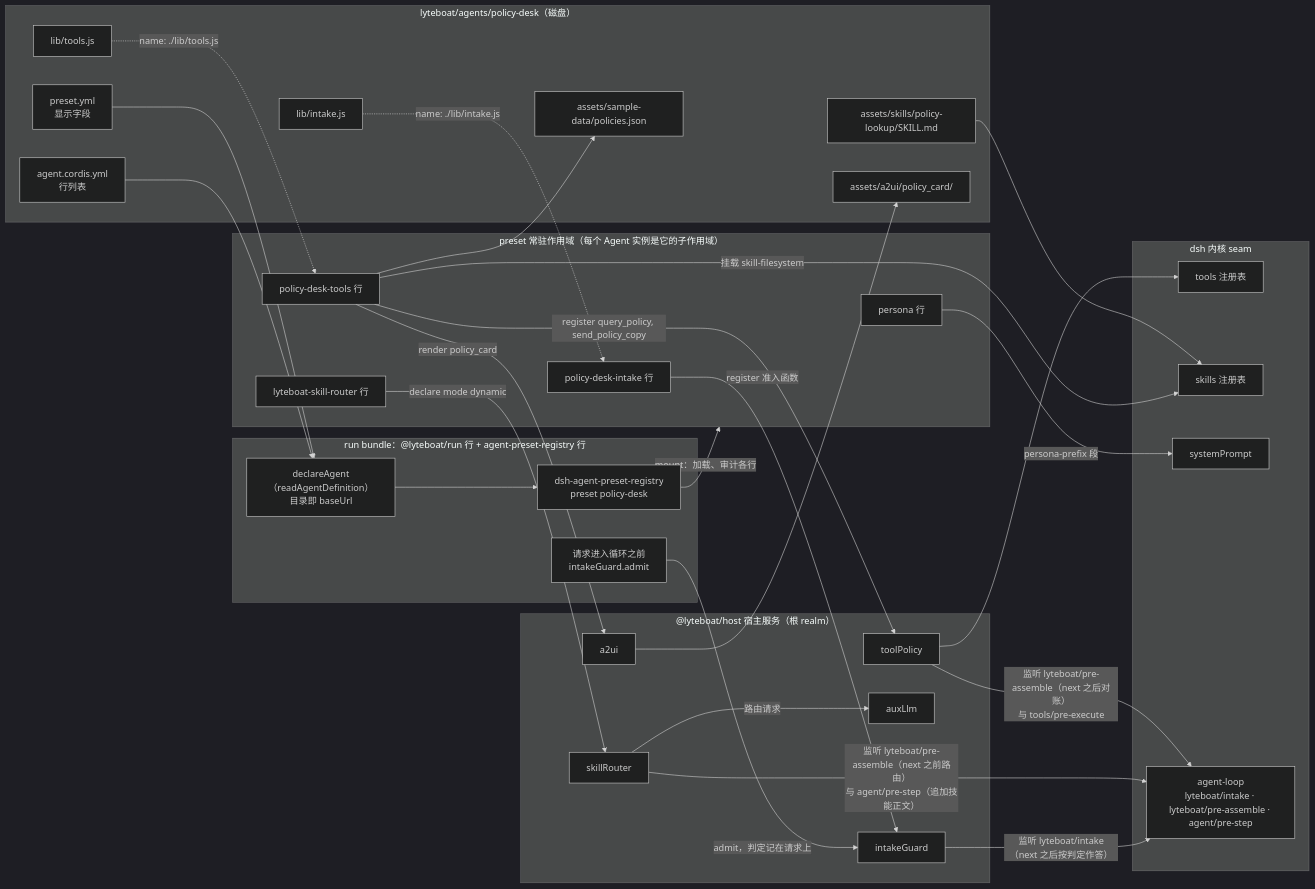
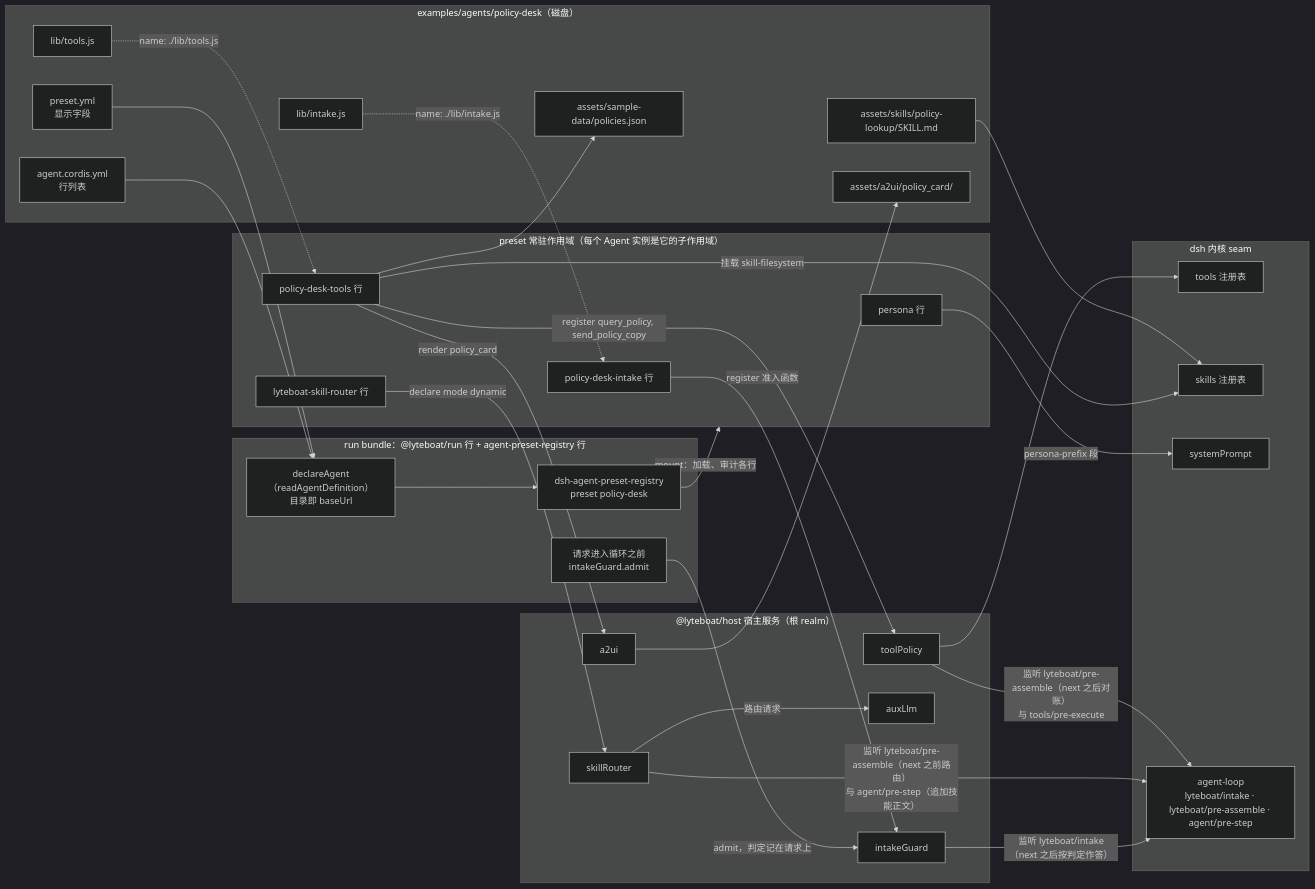
Before and after one commit to lyteboat/boat: the first of 3 diagrams in docs/03-agent-development.md, drawn with Mermaid (dark theme). The commit also changed other lines of this file and 59 other files, not shown here.

````diff
--- a/docs/03-agent-development.md
+++ b/docs/03-agent-development.md
@@ -129,57 +130,57 @@
 ```mermaid
 flowchart LR
-  subgraph DISK["lyteboat/agents/policy-desk（磁盘）"]
+  subgraph DISK["examples/agents/policy-desk（磁盘）"]
     ACY["agent.cordis.yml<br/>行列表"]
     PY["preset.yml<br/>显示字段"]
     SKM["assets/skills/policy-lookup/SKILL.md"]
     LIBT["lib/tools.js"]
     LIBI["lib/intake.js"]
     CARD["assets/a2ui/policy_card/"]
     BOOK["assets/sample-data/policies.json"]
   end
   subgraph RUN["run bundle：@lyteboat/run 行 + agent-preset-registry 行"]
     RD["declareAgent（readAgentDefinition）<br/>目录即 baseUrl"]
     REG["dsh-agent-preset-registry<br/>preset policy-desk"]
     ADM["请求进入循环之前<br/>intakeGuard.admit"]
   end
   subgraph STAND["preset 常驻作用域（每个 Agent 实例是它的子作用域）"]
     PER["persona 行"]
     SRA["lyteboat-skill-router 行"]
     TOOLS["policy-desk-tools 行"]
     INT["policy-desk-intake 行"]
   end
   subgraph HOST["@lyteboat/host 宿主服务（根 realm）"]
     TP["toolPolicy"]
     SR["skillRouter"]
     AUX["auxLlm"]
     IG["intakeGuard"]
     A2["a2ui"]
   end
   subgraph KERN["dsh 内核 seam"]
     TREG["tools 注册表"]
     SREG["skills 注册表"]
     SP["systemPrompt"]
     LOOP["agent-loop<br/>lyteboat/intake · lyteboat/pre-assemble · agent/pre-step"]
   end
   ACY --> RD
   PY --> RD
   RD --> REG
   REG -->|"mount：加载、审计各行"| STAND
   LIBT -.->|"name: ./lib/tools.js"| TOOLS
   LIBI -.->|"name: ./lib/intake.js"| INT
   PER -->|"persona-prefix 段"| SP
   SRA -->|"declare mode dynamic"| SR
   TOOLS -->|"register query_policy, send_policy_copy"| TP
   TP --> TREG
   TOOLS -->|"挂载 skill-filesystem"| SREG
   SKM --> SREG
   TOOLS -->|"render policy_card"| A2
   A2 --> CARD
   TOOLS --> BOOK
   INT -->|"register 准入函数"| IG
   ADM -->|"admit，判定记在请求上"| IG
   IG -->|"监听 lyteboat/intake（next 之后按判定作答）"| LOOP
   SR -->|"路由请求"| AUX
   SR -->|"监听 lyteboat/pre-assemble（next 之前路由）<br/>与 agent/pre-step（追加技能正文）"| LOOP
   TP -->|"监听 lyteboat/pre-assemble（next 之后对账）<br/>与 tools/pre-execute"| LOOP
 ```
````
